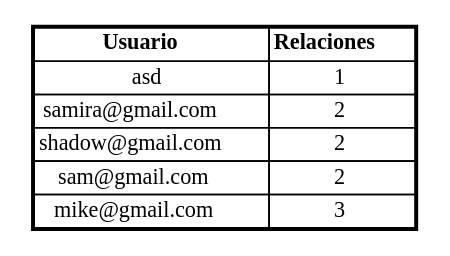
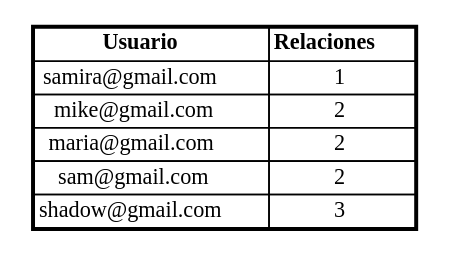
Before and after one commit to Kevin-alvarez1/PROYECTO_MULTIFASES_RED_SOCIAL: the diagram in Fase1/output/top5MenosAmigos.dot, drawn with Graphviz. The commit also changed 19 other files, not shown here.

```diff
--- a/Fase1/output/top5MenosAmigos.dot
+++ b/Fase1/output/top5MenosAmigos.dot
@@ -1,12 +1,12 @@
 digraph G {
 node [shape=plaintext];
 TOP5_USUARIOS [label=<
 <table border='2' cellborder='1' cellspacing='0'>
 <tr><td><b>Usuario</b></td><td><b>Relaciones</b></td></tr>
-<tr><td>asd</td><td>1</td></tr>
-<tr><td>samira@gmail.com</td><td>2</td></tr>
-<tr><td>shadow@gmail.com</td><td>2</td></tr>
+<tr><td>samira@gmail.com</td><td>1</td></tr>
+<tr><td>mike@gmail.com</td><td>2</td></tr>
+<tr><td>maria@gmail.com</td><td>2</td></tr>
 <tr><td>sam@gmail.com</td><td>2</td></tr>
-<tr><td>mike@gmail.com</td><td>3</td></tr>
+<tr><td>shadow@gmail.com</td><td>3</td></tr>
 </table>>];
 }
```
